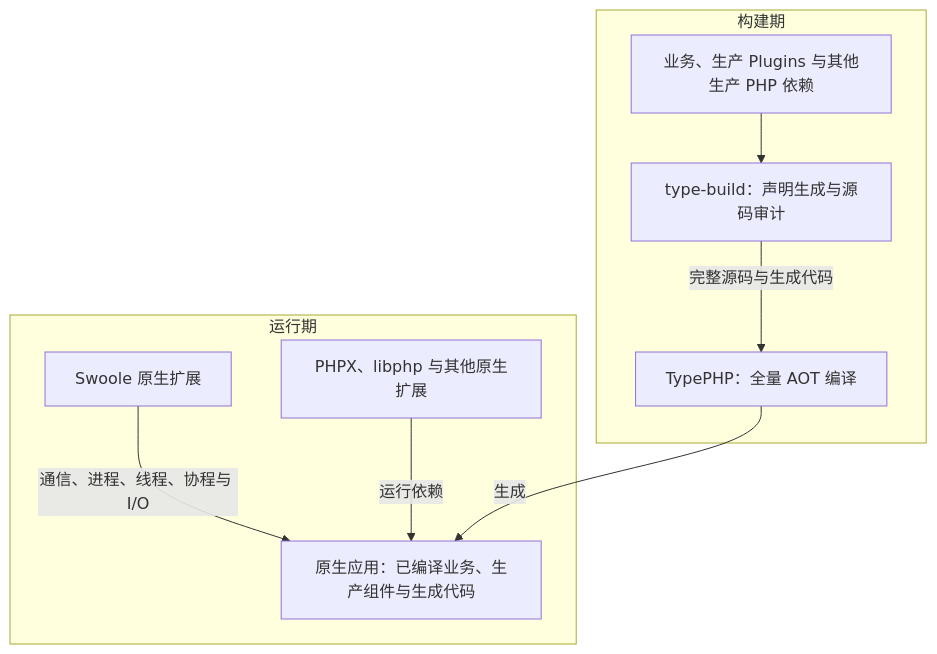
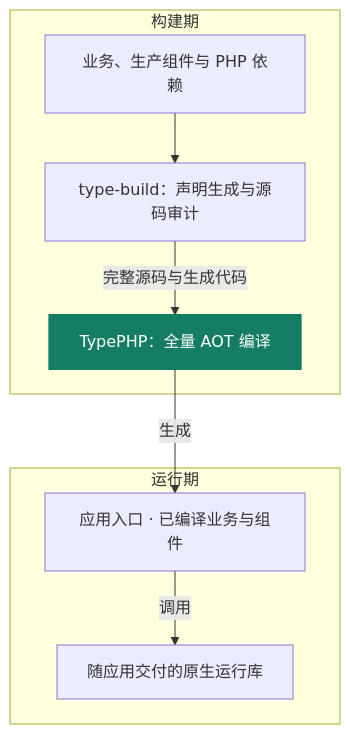
One commit to zoujingli/typeapp changed the second of 4 diagrams in docs/guide/architecture.md. Above: the diagram before and after it, drawn with Mermaid. The commit also changed other lines of this file and 47 other files, not shown here.

````diff
--- a/docs/guide/architecture.md
+++ b/docs/guide/architecture.md
@@ -30,18 +41,17 @@
 ```mermaid
 flowchart TB
   subgraph build["构建期"]
-    Source["业务、生产 Plugins 与其他生产 PHP 依赖"]
+    Source["业务、生产组件与 PHP 依赖"]
     Assemble["type-build：声明生成与源码审计"]
     Compiler["TypePHP：全量 AOT 编译"]
     Source --> Assemble
     Assemble -->|完整源码与生成代码| Compiler
   end
   subgraph runtime["运行期"]
-    App["原生应用：已编译业务、生产组件与生成代码"]
-    Swoole["Swoole 原生扩展"]
-    Dependencies["PHPX、libphp 与其他原生扩展"]
-    Swoole -->|通信、进程、线程、协程与 I/O| App
-    Dependencies -->|运行依赖| App
+    App["应用入口 · 已编译业务与组件"]
+    Dependencies["随应用交付的原生运行库"]
+    App -->|调用| Dependencies
   end
   Compiler -->|生成| App
+  style Compiler fill:#147d64,color:#ffffff,stroke:#147d64,stroke-width:2px
 ```
````
